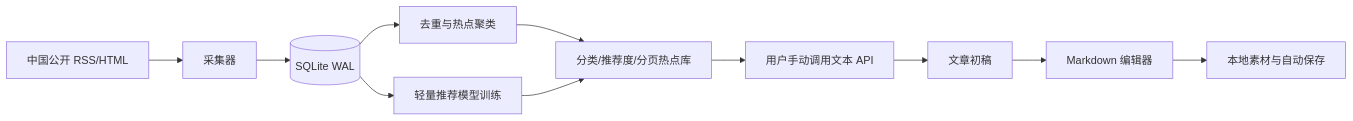
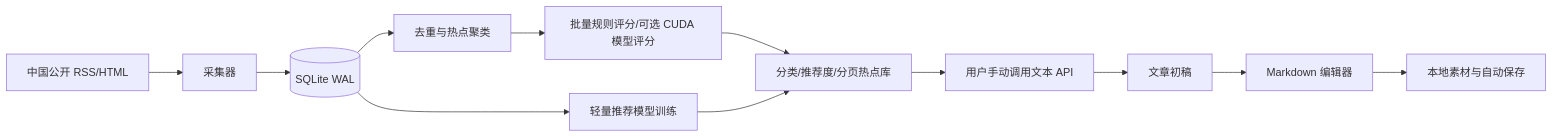
The diagram in README.md (fjy566/Content-idea-workflow), drawn with Mermaid before and after one commit. The commit also changed other lines of this file and 16 other files, not shown here.

````diff
--- a/README.md
+++ b/README.md
@@ -93,13 +94,14 @@
 ```mermaid
 flowchart LR
   S[中国公开 RSS/HTML] --> C[采集器]
   C --> R[(SQLite WAL)]
   R --> P[去重与热点聚类]
-  P --> D[分类/推荐度/分页热点库]
+  P --> B[批量规则评分/可选 CUDA 模型评分]
+  B --> D[分类/推荐度/分页热点库]
   D --> A[用户手动调用文本 API]
   A --> W[文章初稿]
   W --> E[Markdown 编辑器]
   E --> M[本地素材与自动保存]
   R --> T[轻量推荐模型训练]
   T --> D
 ```
````
